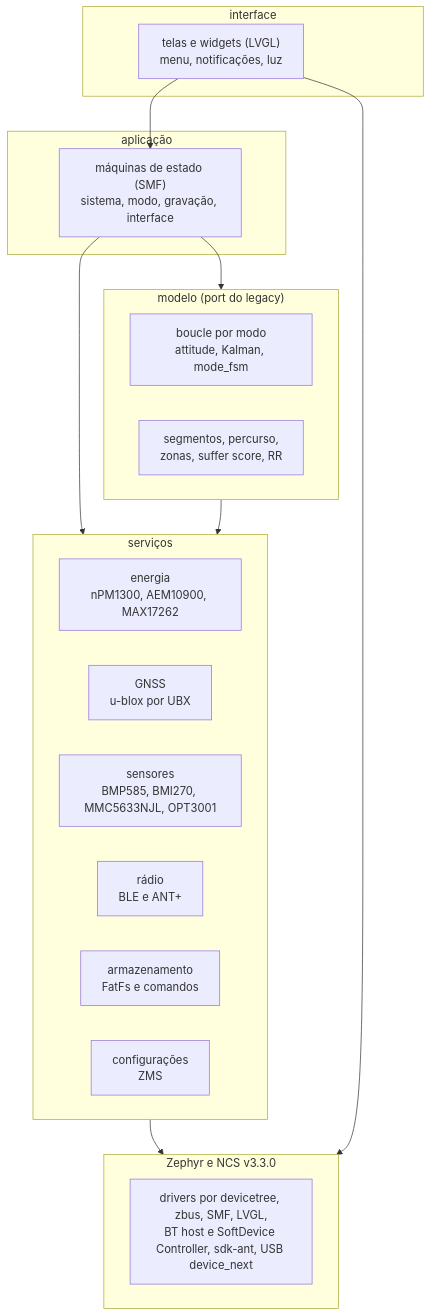
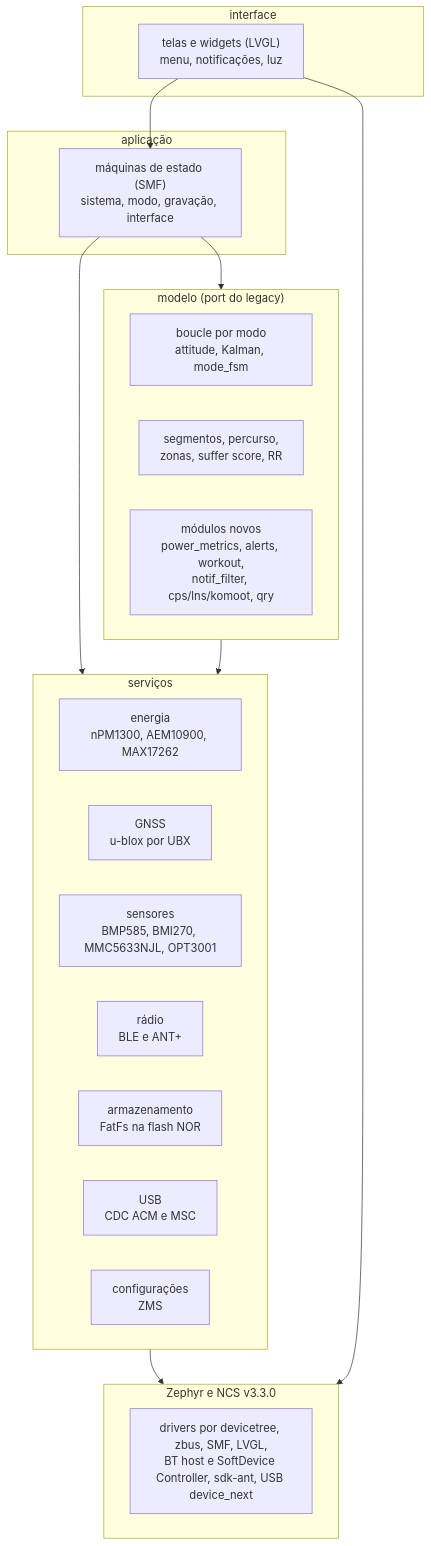
One commit to Guiimartinho/gnss-bike-computer changed the first of 13 diagrams in docs/16-arquitetura-firmware.md. Above: the diagram before and after it, drawn with Mermaid. The commit also changed other lines of this file and 32 other files, not shown here.

````diff
--- a/docs/16-arquitetura-firmware.md
+++ b/docs/16-arquitetura-firmware.md
@@ -42,30 +42,32 @@
 ```mermaid
 flowchart TB
     subgraph UI["interface"]
         SCR["telas e widgets (LVGL)<br/>menu, notificações, luz"]
     end
     subgraph APP["aplicação"]
         FSM["máquinas de estado (SMF)<br/>sistema, modo, gravação, interface"]
     end
     subgraph MODEL["modelo (port do legacy)"]
         BOU["boucle por modo<br/>attitude, Kalman, mode_fsm"]
         SEG["segmentos, percurso,<br/>zonas, suffer score, RR"]
+        NOV["módulos novos<br/>power_metrics, alerts, workout,<br/>notif_filter, cps/lns/komoot, qry"]
     end
     subgraph SVC["serviços"]
         PWR["energia<br/>nPM1300, AEM10900, MAX17262"]
         GNS["GNSS<br/>u-blox por UBX"]
         SNS["sensores<br/>BMP585, BMI270, MMC5633NJL, OPT3001"]
         RAD["rádio<br/>BLE e ANT+"]
-        STO["armazenamento<br/>FatFs e comandos"]
+        STO["armazenamento<br/>FatFs na flash NOR"]
+        USB["USB<br/>CDC ACM e MSC"]
         CFG["configurações<br/>ZMS"]
     end
     subgraph ZEP["Zephyr e NCS v3.3.0"]
         DRV["drivers por devicetree, zbus, SMF, LVGL,<br/>BT host e SoftDevice Controller, sdk-ant, USB device_next"]
     end
     SCR --> FSM
     FSM --> MODEL
     FSM --> SVC
     MODEL --> SVC
     SVC --> ZEP
     SCR --> ZEP
 ```
````
